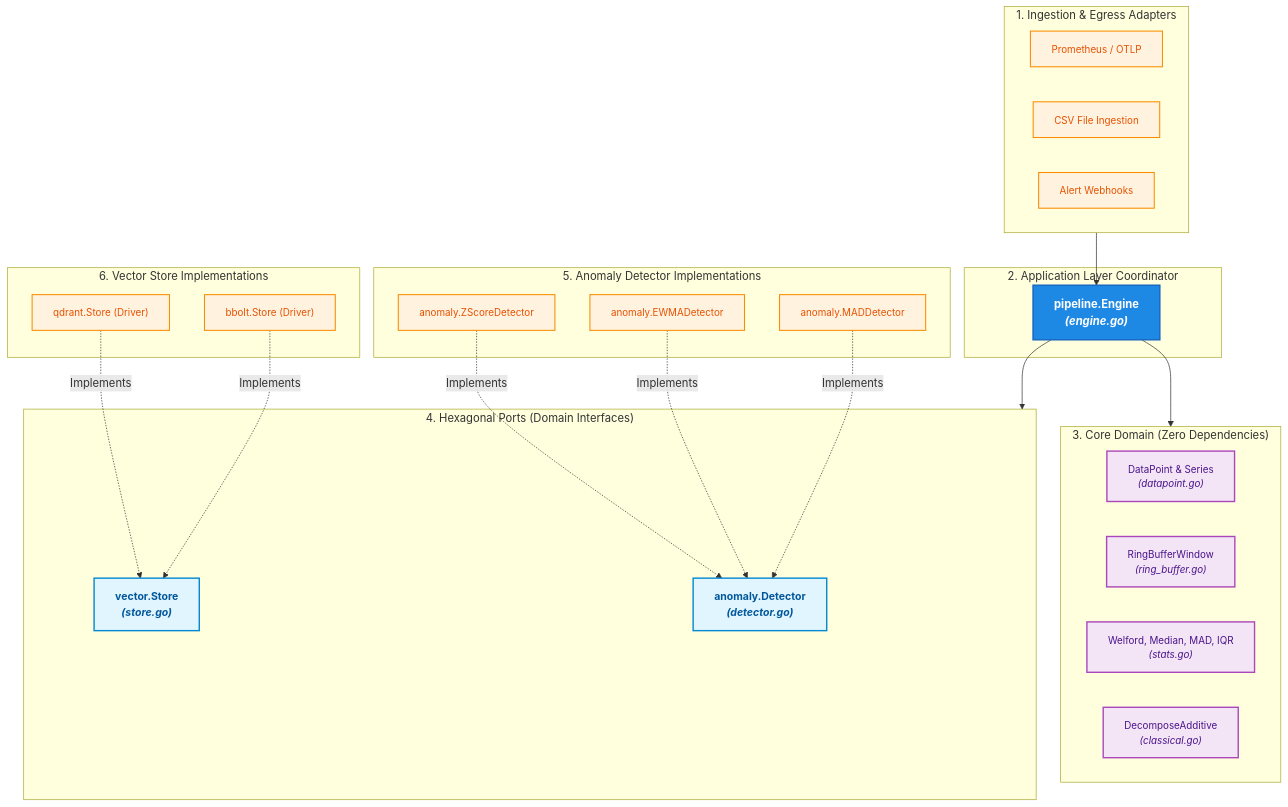
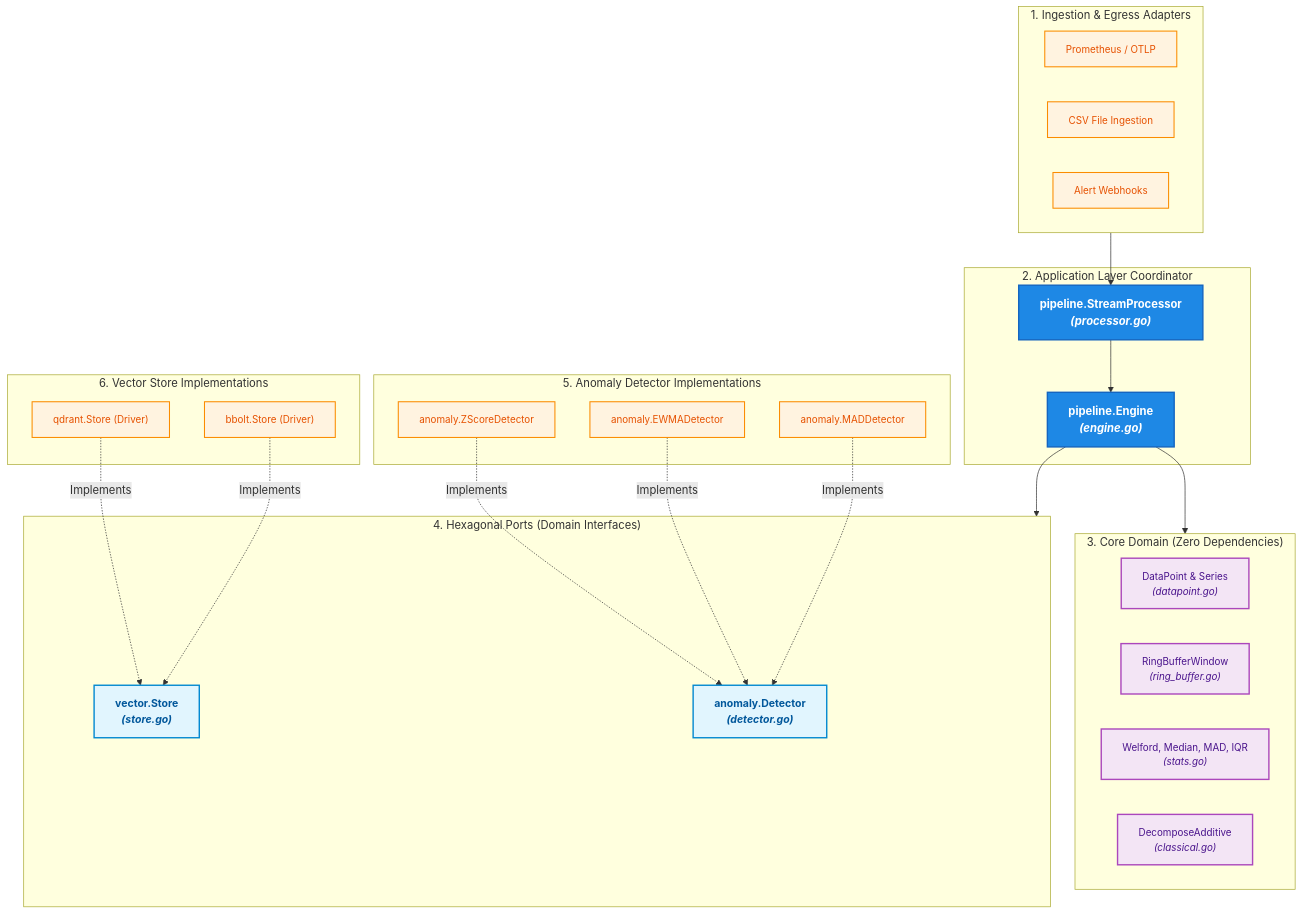
One commit to eltony81/timescan changed the diagram in README.md. Above: the diagram before and after it, drawn with Mermaid. The commit also changed other lines of this file and 9 other files, not shown here.

Commit message:
feat: add context.Context propagation and StreamProcessor for Go channel best practices

````diff
--- a/README.md
+++ b/README.md
@@ -161,57 +163,59 @@
 ```mermaid
 graph TB
     %% Custom Styling for High Contrast and Larger Readability
     classDef header font-size:16px,font-weight:bold,fill:#1e88e5,color:#ffffff,stroke:#1565c0,stroke-width:2px;
     classDef port font-size:15px,font-weight:bold,fill:#e1f5fe,color:#01579b,stroke:#0288d1,stroke-width:2px;
     classDef domain font-size:14px,fill:#f3e5f5,color:#4a148c,stroke:#ab47bc,stroke-width:2px;
     classDef adapter font-size:14px,fill:#fff3e0,color:#e65100,stroke:#fb8c00,stroke-width:1.5px;
 
     subgraph Ingestion ["1. Ingestion & Egress Adapters"]
         Prometheus["Prometheus / OTLP"]
         CSV["CSV File Ingestion"]
         Webhooks["Alert Webhooks"]
     end
 
     subgraph App ["2. Application Layer Coordinator"]
         Engine["pipeline.Engine<br/><i>(engine.go)</i>"]
+        Processor["pipeline.StreamProcessor<br/><i>(processor.go)</i>"]
     end
 
     subgraph Core ["3. Core Domain (Zero Dependencies)"]
         DataPoint["DataPoint & Series<br/><i>(datapoint.go)</i>"]
         RingBuffer["RingBufferWindow<br/><i>(ring_buffer.go)</i>"]
         Stats["Welford, Median, MAD, IQR<br/><i>(stats.go)</i>"]
         Decomp["DecomposeAdditive<br/><i>(classical.go)</i>"]
     end
 
     subgraph Ports ["4. Hexagonal Ports (Domain Interfaces)"]
         DetectorPort["anomaly.Detector<br/><i>(detector.go)</i>"]
         StorePort["vector.Store<br/><i>(store.go)</i>"]
     end
 
     subgraph Detectors ["5. Anomaly Detector Implementations"]
         ZScore["anomaly.ZScoreDetector"]
         EWMA["anomaly.EWMADetector"]
         MAD["anomaly.MADDetector"]
     end
 
     subgraph Stores ["6. Vector Store Implementations"]
         Qdrant["qdrant.Store (Driver)"]
         Bbolt["bbolt.Store (Driver)"]
     end
 
-    Ingestion --> Engine
+    Ingestion --> Processor
+    Processor --> Engine
     Engine --> Core
     Engine --> Ports
 
     ZScore -. Implements .-> DetectorPort
     EWMA -. Implements .-> DetectorPort
     MAD -. Implements .-> DetectorPort
 
     Qdrant -. Implements .-> StorePort
     Bbolt -. Implements .-> StorePort
 
-    class Engine header;
+    class Engine,Processor header;
     class DetectorPort,StorePort port;
     class DataPoint,RingBuffer,Stats,Decomp domain;
     class Prometheus,CSV,Webhooks,ZScore,EWMA,MAD,Qdrant,Bbolt adapter;
 ```
````
